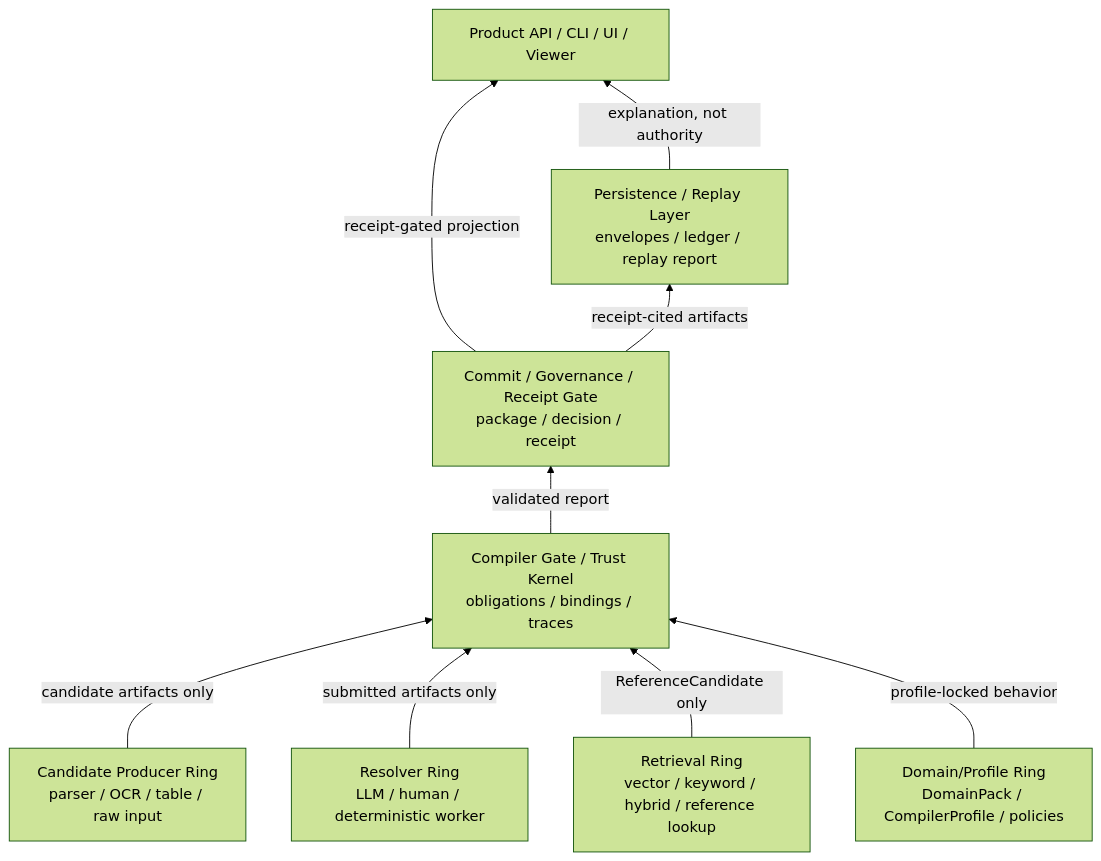
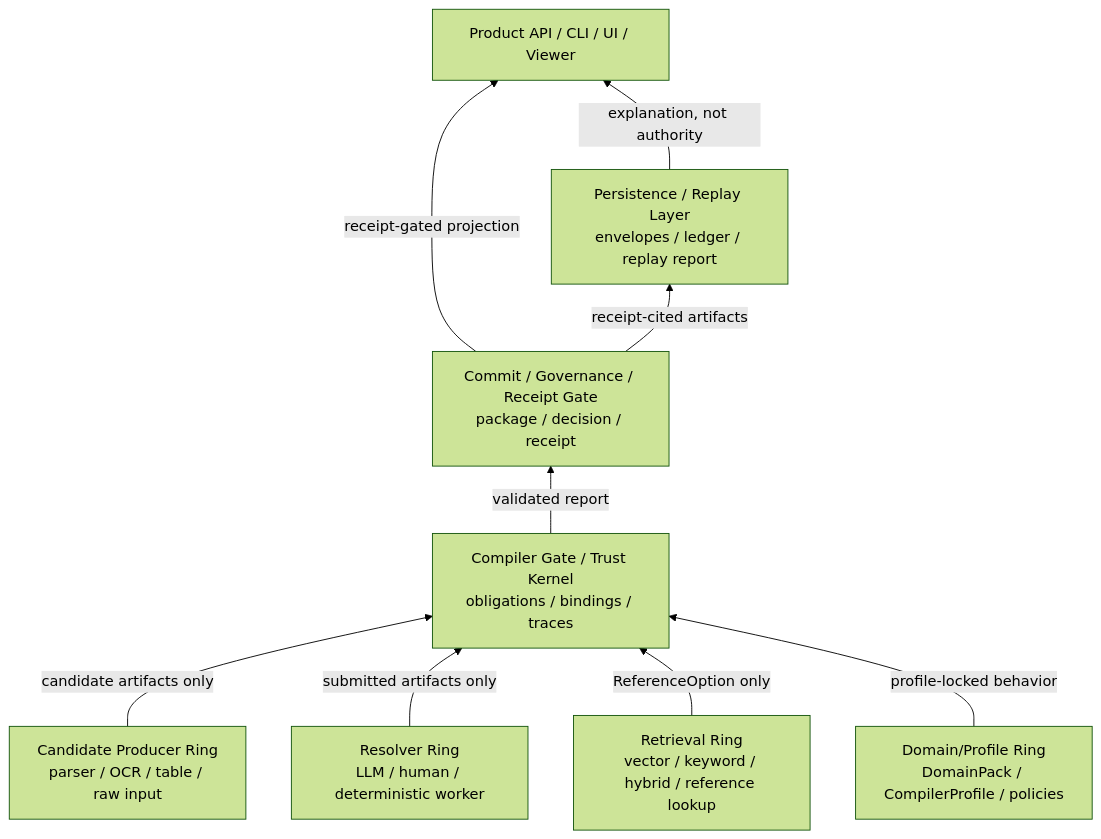
The first of 2 diagrams in docs/architecture/trust-kernel-extension-rings.md (minntcho/comp), drawn with Mermaid (forest theme) before and after one commit. The commit also changed other lines of this file and 139 other files, not shown here.

````diff
--- a/docs/architecture/trust-kernel-extension-rings.md
+++ b/docs/architecture/trust-kernel-extension-rings.md
@@ -48,20 +48,20 @@
 ```mermaid
 flowchart BT
   Extractors["Candidate Producer Ring<br/>parser / OCR / table / raw input"]
   Resolvers["Resolver Ring<br/>LLM / human / deterministic worker"]
   Retrieval["Retrieval Ring<br/>vector / keyword / hybrid / reference lookup"]
   Domain["Domain/Profile Ring<br/>DomainPack / CompilerProfile / policies"]
   Kernel["Compiler Gate / Trust Kernel<br/>obligations / bindings / traces"]
   Receipt["Commit / Governance / Receipt Gate<br/>package / decision / receipt"]
   Replay["Persistence / Replay Layer<br/>envelopes / ledger / replay report"]
   Product["Product API / CLI / UI / Viewer"]
 
   Extractors -->|candidate artifacts only| Kernel
   Resolvers -->|submitted artifacts only| Kernel
-  Retrieval -->|ReferenceCandidate only| Kernel
+  Retrieval -->|ReferenceOption only| Kernel
   Domain -->|profile-locked behavior| Kernel
   Kernel -->|validated report| Receipt
   Receipt -->|receipt-cited artifacts| Replay
   Receipt -->|receipt-gated projection| Product
   Replay -->|explanation, not authority| Product
 ```
````
